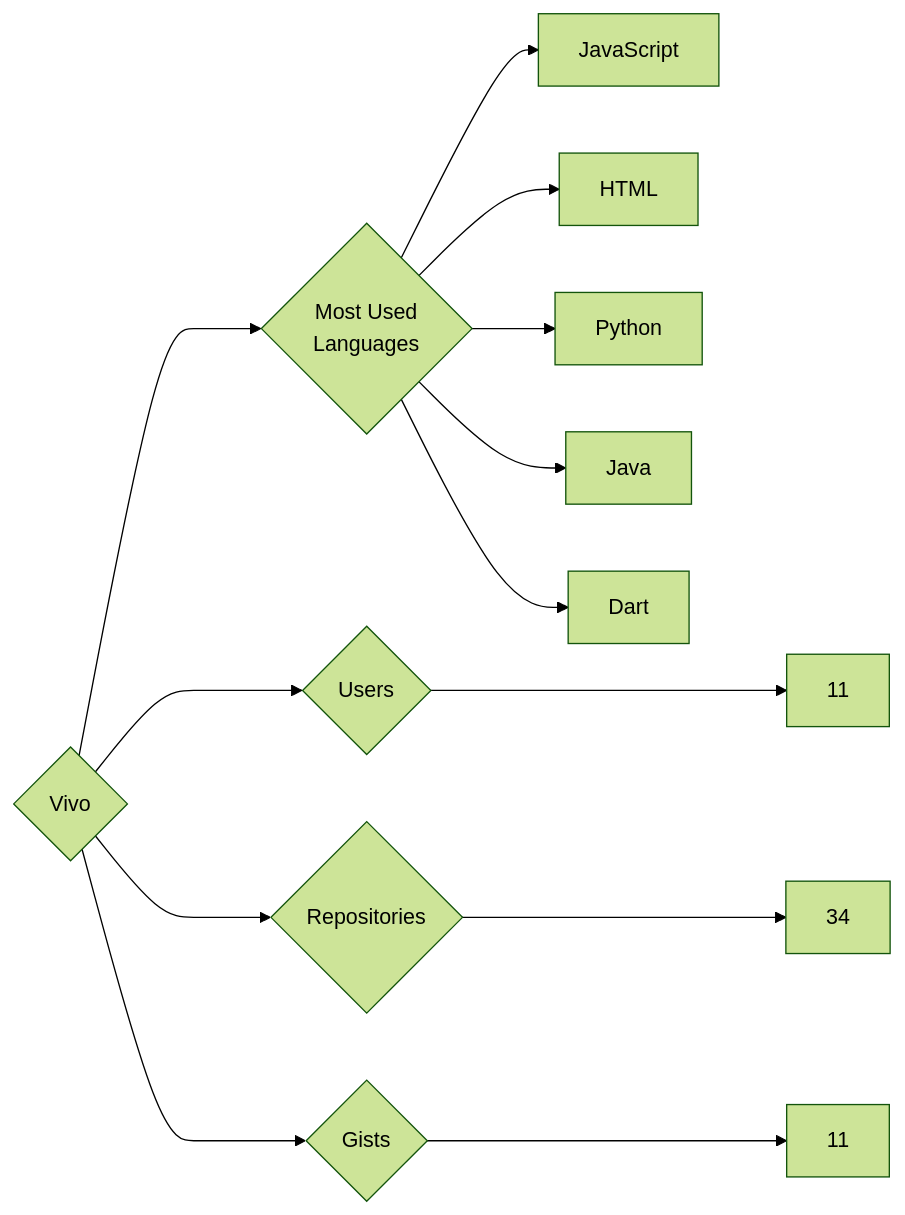
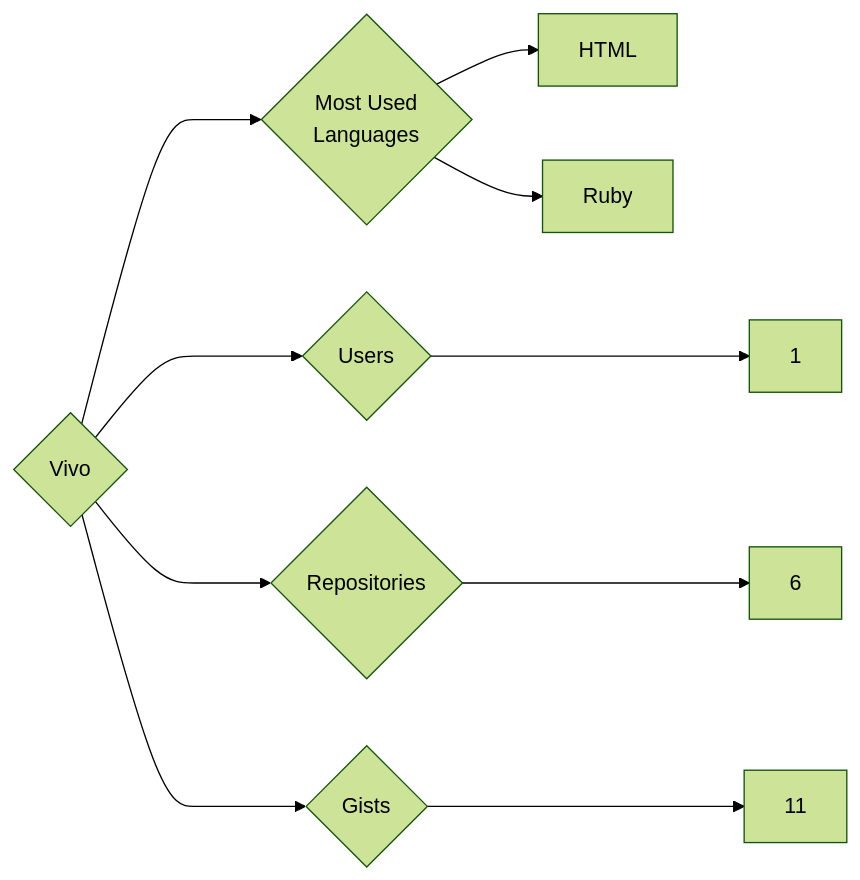
Before and after one commit to trickest/insiders: the diagram in targets/Vivo/README.md, drawn with Mermaid (forest theme). The commit also changed 823 other files, not shown here.

````diff
--- a/targets/Vivo/README.md
+++ b/targets/Vivo/README.md
@@ -3,13 +3,10 @@
 ```mermaid
 graph LR
 COMPANY_NAME{Vivo}
-COMPANY_NAME ---> U{Users} ---> UN[11]
-COMPANY_NAME ---> R{Repositories} ---> RN[34]
+COMPANY_NAME ---> U{Users} ---> UN[1]
+COMPANY_NAME ---> R{Repositories} ---> RN[6]
 COMPANY_NAME ---> G{Gists} ---> GN[11]
 COMPANY_NAME ---> ML{Most Used<br>Languages}
-ML --> JavaScript[JavaScript]
 ML --> HTML[HTML]
-ML --> Python[Python]
-ML --> Java[Java]
-ML --> Dart[Dart]
+ML --> Ruby[Ruby]
 ```
````
